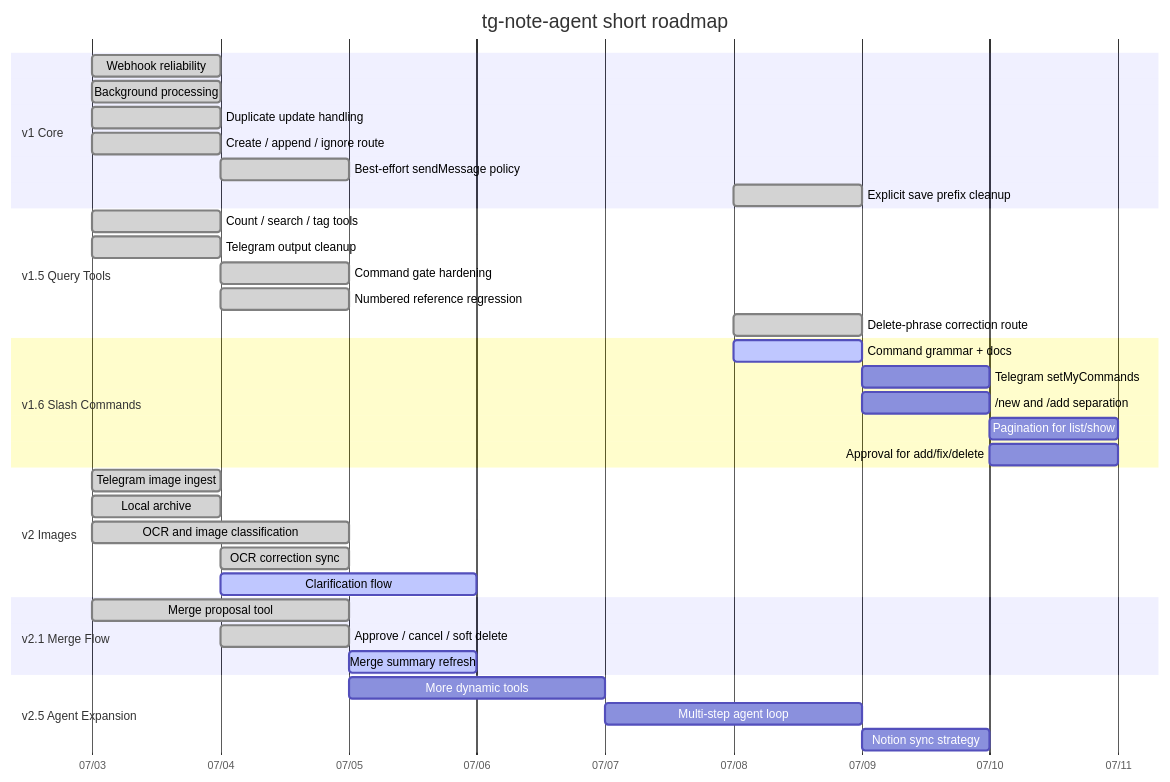
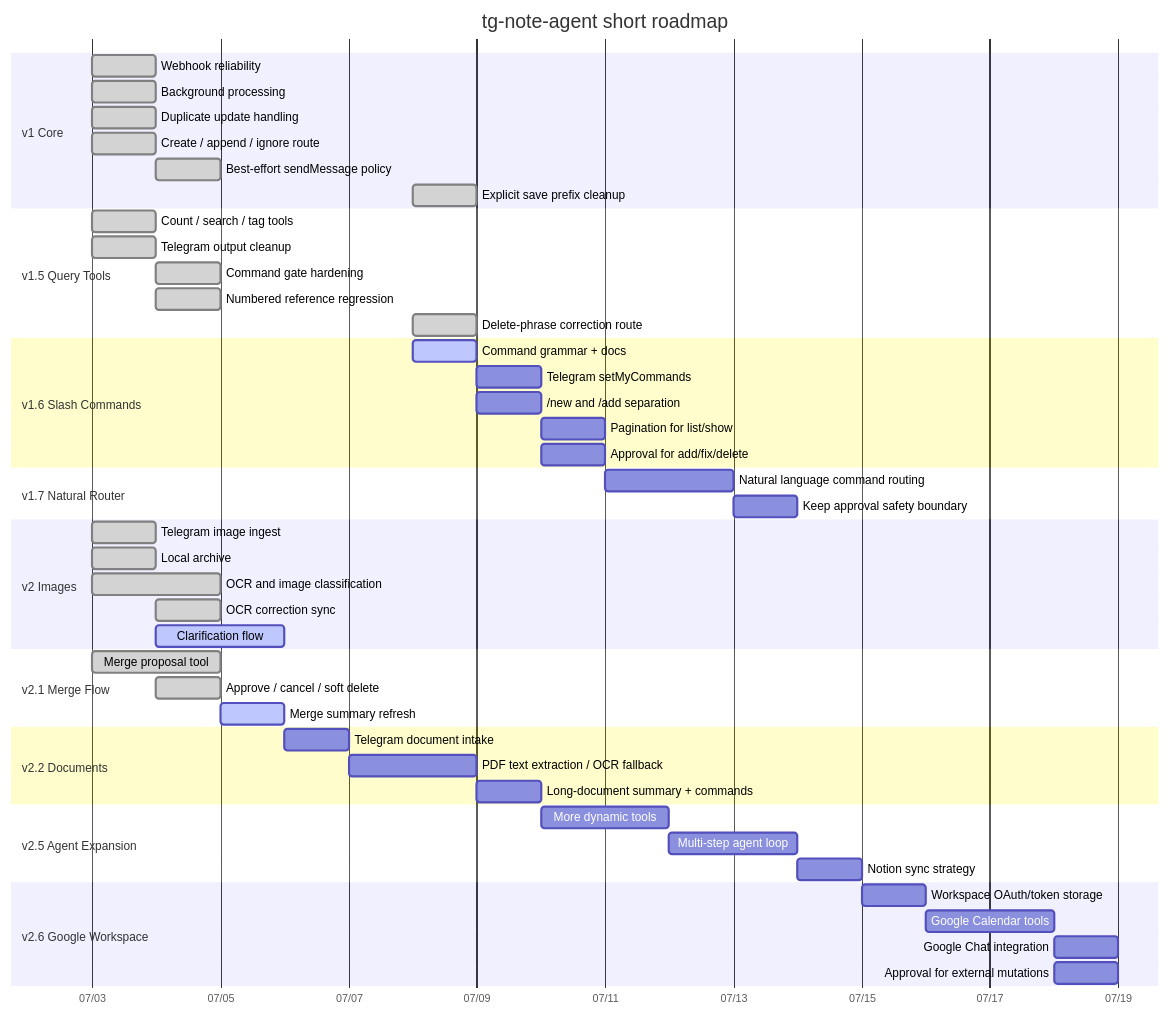
The diagram in docs/ROADMAP.md (Transient-Onlooker/tg-note-agent), drawn with Mermaid before and after one commit. The commit also changed other lines of this file and 17 other files, not shown here.

Commit message:
Add command approval flows and roadmap updates

````diff
--- a/docs/ROADMAP.md
+++ b/docs/ROADMAP.md
@@ -39,45 +51,60 @@
 ```mermaid
 gantt
     title tg-note-agent short roadmap
     dateFormat  YYYY-MM-DD
     axisFormat  %m/%d
 
     section v1 Core
     Webhook reliability             :done, v1a, 2026-07-03, 1d
     Background processing           :done, v1b, 2026-07-03, 1d
     Duplicate update handling       :done, v1c, 2026-07-03, 1d
     Create / append / ignore route  :done, v1d, 2026-07-03, 1d
     Best-effort sendMessage policy  :done, v1e, 2026-07-04, 1d
     Explicit save prefix cleanup    :done, v1f, 2026-07-08, 1d
 
     section v1.5 Query Tools
     Count / search / tag tools      :done, v15a, 2026-07-03, 1d
     Telegram output cleanup         :done, v15b, 2026-07-03, 1d
     Command gate hardening          :done, v15c, 2026-07-04, 1d
     Numbered reference regression   :done, v15d, 2026-07-04, 1d
     Delete-phrase correction route  :done, v15e, 2026-07-08, 1d
 
     section v1.6 Slash Commands
     Command grammar + docs          :active, v16a, 2026-07-08, 1d
     Telegram setMyCommands          :v16b, after v16a, 1d
     /new and /add separation        :v16c, after v16a, 1d
     Pagination for list/show        :v16d, after v16b, 1d
     Approval for add/fix/delete     :v16e, after v16c, 1d
 
+    section v1.7 Natural Router
+    Natural language command routing:v17a, after v16e, 2d
+    Keep approval safety boundary   :v17b, after v17a, 1d
+
     section v2 Images
     Telegram image ingest           :done, v2a, 2026-07-03, 1d
     Local archive                   :done, v2b, 2026-07-03, 1d
     OCR and image classification    :done, v2c, 2026-07-03, 2d
     OCR correction sync             :done, v2d, 2026-07-04, 1d
     Clarification flow              :active, v2e, 2026-07-04, 2d
 
     section v2.1 Merge Flow
     Merge proposal tool             :done, v21a, 2026-07-03, 2d
     Approve / cancel / soft delete  :done, v21b, 2026-07-04, 1d
     Merge summary refresh           :active, v21c, 2026-07-05, 1d
 
+    section v2.2 Documents
+    Telegram document intake         :v22a, after v21c, 1d
+    PDF text extraction / OCR fallback:v22b, after v22a, 2d
+    Long-document summary + commands :v22c, after v22b, 1d
+
     section v2.5 Agent Expansion
-    More dynamic tools              :v25a, 2026-07-05, 2d
+    More dynamic tools              :v25a, after v22c, 2d
     Multi-step agent loop           :v25b, after v25a, 2d
     Notion sync strategy            :v25c, after v25b, 1d
+
+    section v2.6 Google Workspace
+    Workspace OAuth/token storage   :v26a, after v25c, 1d
+    Google Calendar tools           :v26b, after v26a, 2d
+    Google Chat integration         :v26c, after v26b, 1d
+    Approval for external mutations :v26d, after v26b, 1d
 ```
````
